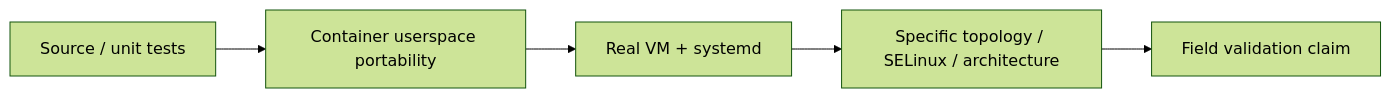
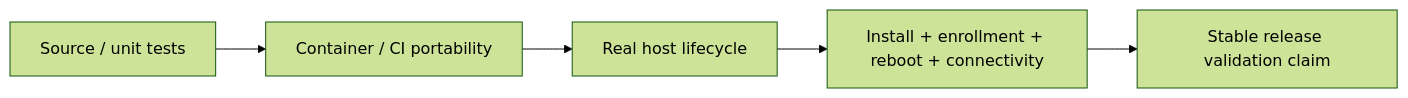
One commit to datarelay-labs/data-relay-link-docs changed the diagram in reference/platforms.mdx. Above: the diagram before and after it, drawn with Mermaid (forest theme). The commit also changed other lines of this file and 24 other files, not shown here.

````diff
--- a/reference/platforms.mdx
+++ b/reference/platforms.mdx
@@ -14,7 +16,7 @@
 ```mermaid
 flowchart LR
-    A[Source / unit tests] --> B[Container userspace portability]
-    B --> C[Real VM + systemd]
-    C --> D[Specific topology / SELinux / architecture]
-    D --> E[Field validation claim]
+    A[Source / unit tests] --> B[Container / CI portability]
+    B --> C[Real host lifecycle]
+    C --> D[Install + enrollment + reboot + connectivity]
+    D --> E[Stable release validation claim]
 ```
````
